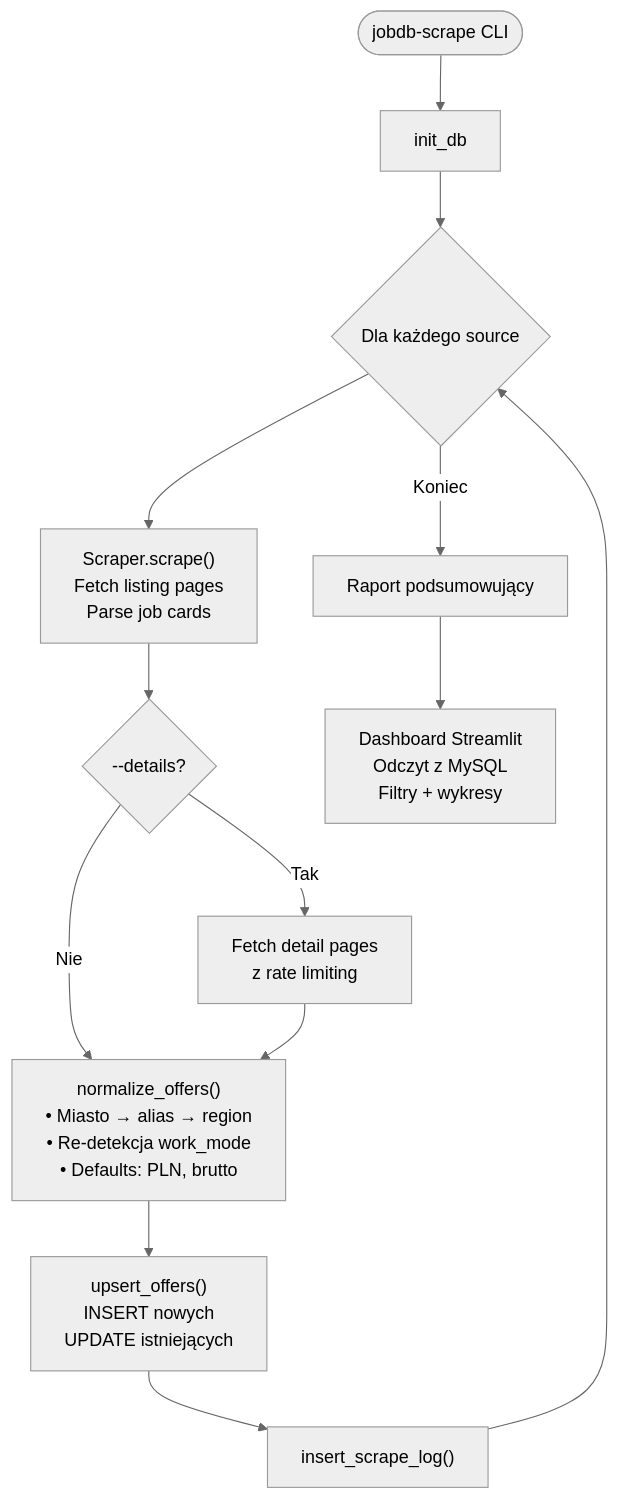
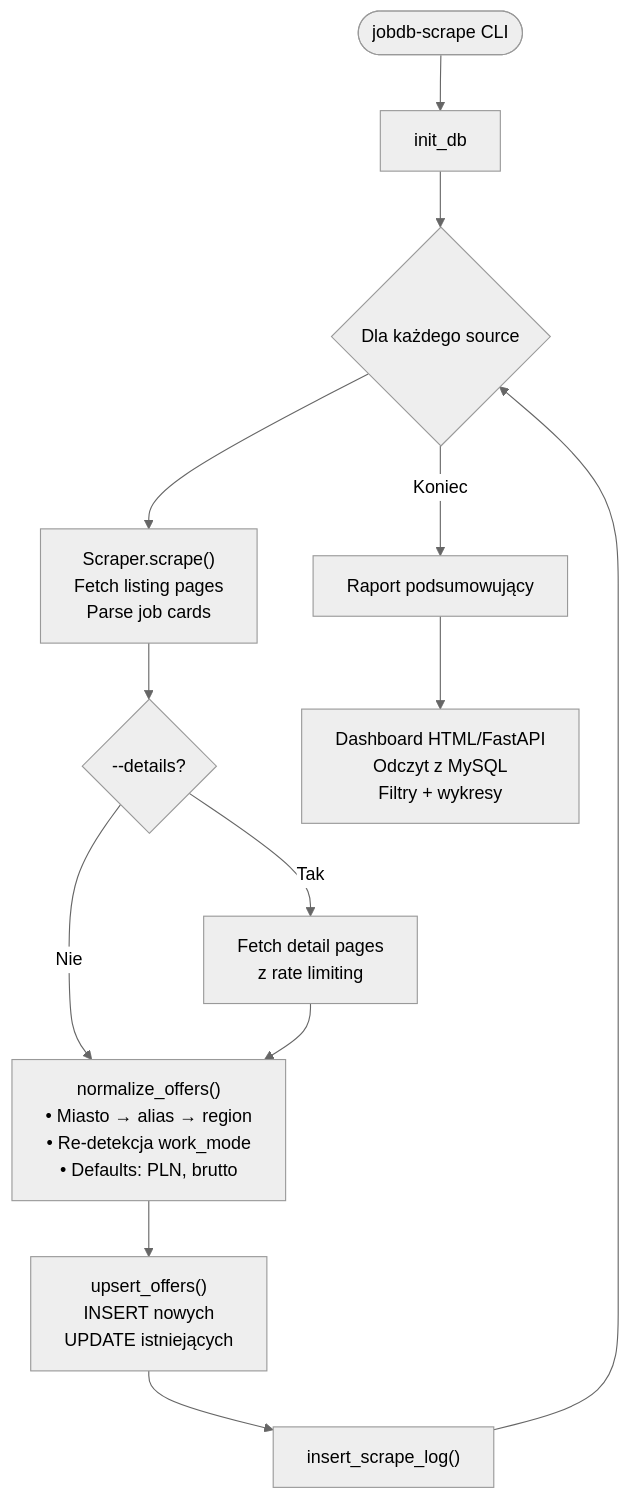
The third of 3 diagrams in docs/PROJECT_DESIGN.md (mkonefal2/jobDB), drawn with Mermaid (neutral theme) before and after one commit. The commit also changed other lines of this file and 14 other files, not shown here.

First line of the commit message:
refactor: remove Streamlit dashboard, add GitBook docs structure

````diff
--- a/docs/PROJECT_DESIGN.md
+++ b/docs/PROJECT_DESIGN.md
@@ -340,24 +336,24 @@
 ```mermaid
 flowchart TD
     START([jobdb-scrape CLI]) --> INIT[init_db]
     INIT --> LOOP{Dla każdego source}
 
     LOOP --> SCRAPE["Scraper.scrape()<br/>Fetch listing pages<br/>Parse job cards"]
     SCRAPE --> DETAIL{"--details?"}
     DETAIL -->|Tak| FETCH["Fetch detail pages<br/>z rate limiting"]
     DETAIL -->|Nie| NORM
     FETCH --> NORM
 
     NORM["normalize_offers()<br/>• Miasto → alias → region<br/>• Re-detekcja work_mode<br/>• Defaults: PLN, brutto"]
 
     NORM --> UPSERT["upsert_offers()<br/>INSERT nowych<br/>UPDATE istniejących"]
 
     UPSERT --> LOG["insert_scrape_log()"]
     LOG --> LOOP
 
     LOOP -->|Koniec| REPORT[Raport podsumowujący]
 
-    REPORT --> DASHBOARD["Dashboard Streamlit<br/>Odczyt z MySQL<br/>Filtry + wykresy"]
+    REPORT --> DASHBOARD["Dashboard HTML/FastAPI<br/>Odczyt z MySQL<br/>Filtry + wykresy"]
 
     style DETAIL diamond
 ```
````
